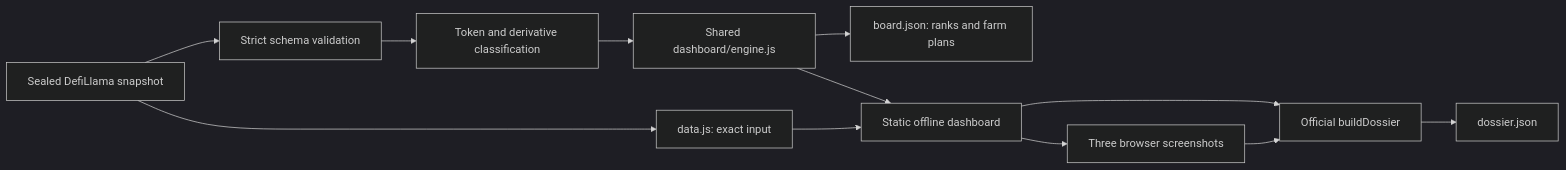
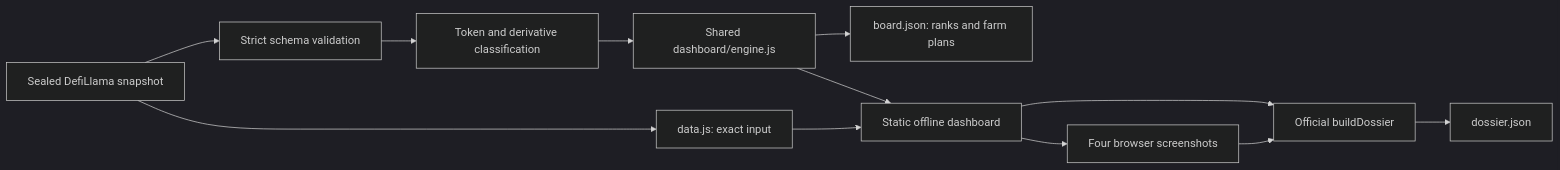
Before and after one commit to ren-elara/aperture-token-radar: the diagram in README.md, drawn with Mermaid (dark theme). The commit also changed other lines of this file and 11 other files, not shown here.

````diff
--- a/README.md
+++ b/README.md
@@ -61,14 +61,14 @@
 ```mermaid
 flowchart LR
   S[Sealed DefiLlama snapshot] --> P[Strict schema validation]
   P --> C[Token and derivative classification]
   C --> E[Shared dashboard/engine.js]
   E --> B[board.json: ranks and farm plans]
   E --> U[Static offline dashboard]
   S --> D[data.js: exact input]
   D --> U
-  U --> I[Three browser screenshots]
+  U --> I[Four browser screenshots]
   U --> V[Official buildDossier]
   I --> V
   V --> O[dossier.json]
 ```
````
